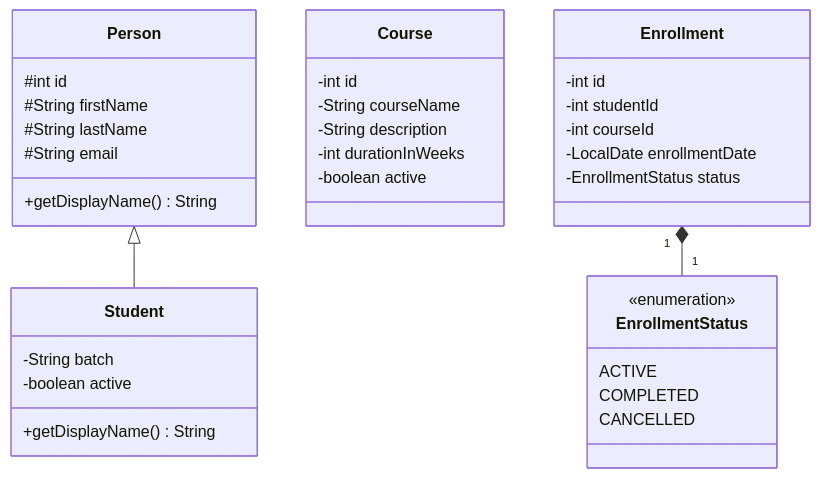
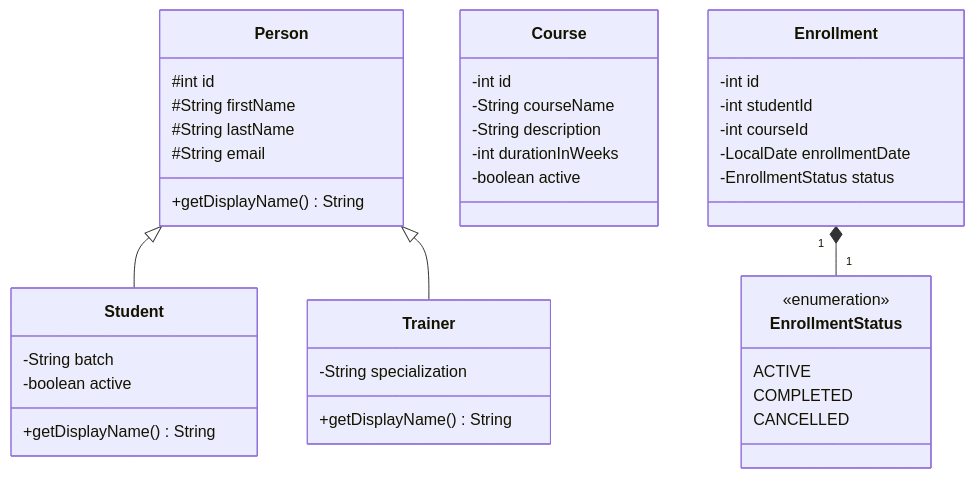
The diagram in README.md (surajspider/Airtribe-Student-Course-Management-System), drawn with Mermaid before and after one commit. The commit also changed other lines of this file and 2 other files, not shown here.

Commit message:
Refine documentation and class diagrams to reflect final student-narrative project state

````diff
--- a/README.md
+++ b/README.md
@@ -12,38 +12,43 @@
 ```mermaid
 classDiagram
     class Person {
         #int id
         #String firstName
         #String lastName
         #String email
         +getDisplayName() String
     }
     class Student {
         -String batch
         -boolean active
         +getDisplayName() String
     }
     class Course {
         -int id
         -String courseName
         -String description
         -int durationInWeeks
         -boolean active
     }
     class Enrollment {
         -int id
         -int studentId
         -int courseId
         -LocalDate enrollmentDate
         -EnrollmentStatus status
     }
     class EnrollmentStatus {
         <<enumeration>>
         ACTIVE
         COMPLETED
         CANCELLED
     }
+    class Trainer {
+        -String specialization
+        +getDisplayName() String
+    }
     
     Person <|-- Student
+    Person <|-- Trainer
     Enrollment "1" *-- "1" EnrollmentStatus
 ```
````
